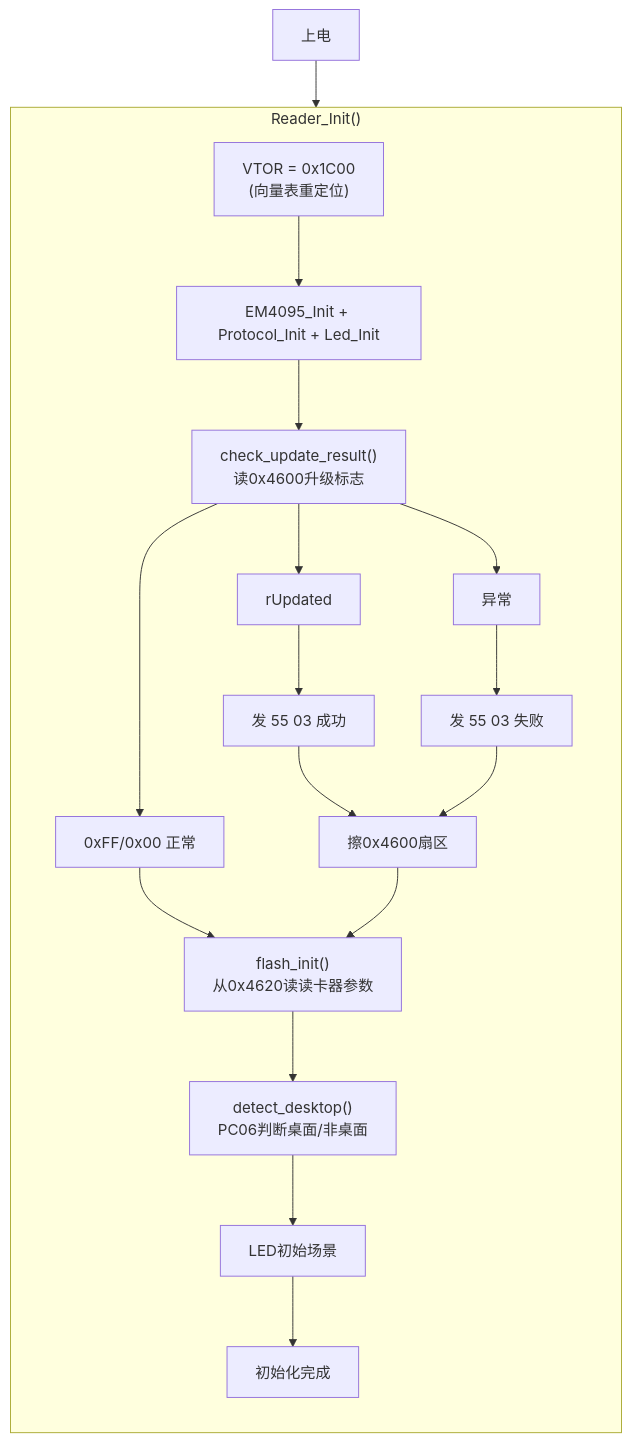
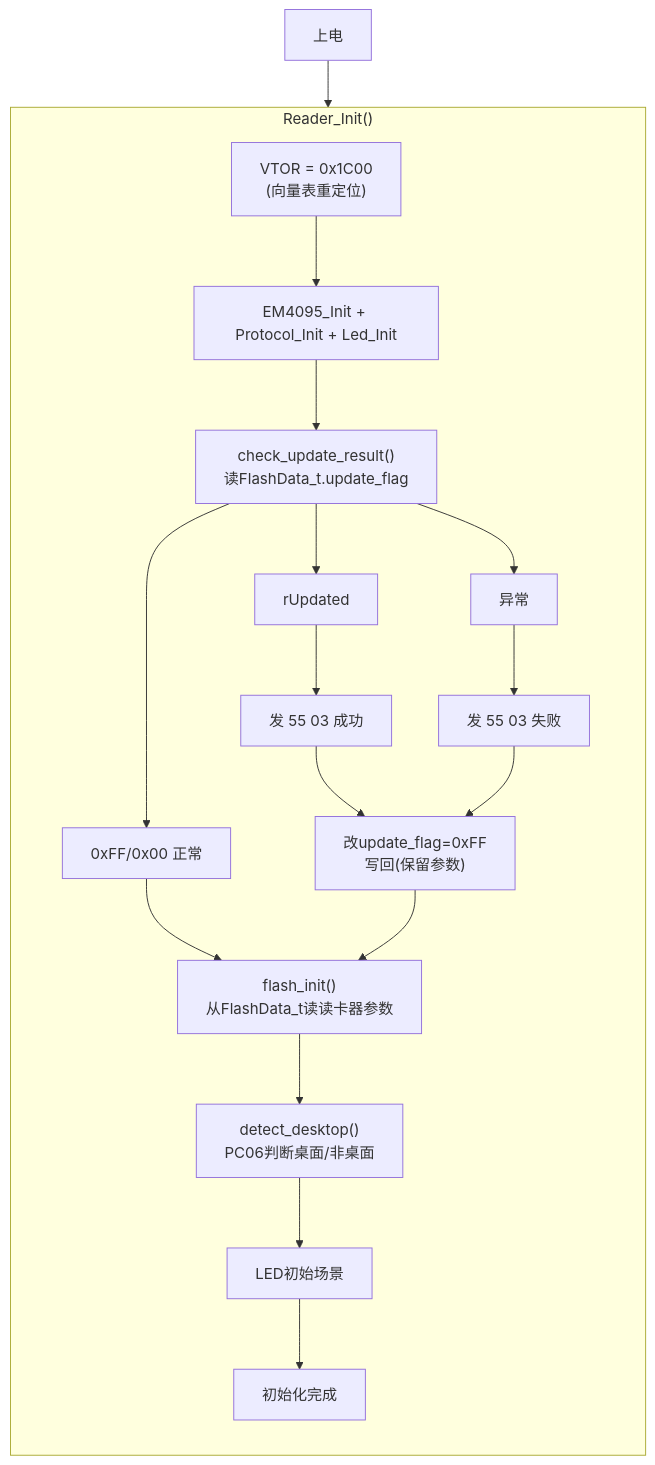
One commit to Siaiai/ObsidianNote changed the seventh of 9 diagrams in 工作/[[SR3读卡器]]/260804SR3框架整理.md. Above: the diagram before and after it, drawn with Mermaid. The commit also changed other lines of this file, not shown here.

````diff
--- a/工作/[[SR3读卡器]]/260804SR3框架整理.md
+++ b/工作/[[SR3读卡器]]/260804SR3框架整理.md
@@ -390,40 +437,41 @@
 ```mermaid
 flowchart TB
     START["上电"]
     subgraph INIT["Reader_Init()"]
         direction TB
         VTOR["VTOR = 0x1C00
         (向量表重定位)"]
         INIT_SUB["EM4095_Init + Protocol_Init + Led_Init"]
         CHECK_UPD["check_update_result()
-        读0x4600升级标志"]
+        读FlashData_t.update_flag"]
         UPD_OK["rUpdated"]
         UPD_FAIL["异常"]
         UPD_NONE["0xFF/0x00 正常"]
         SEND_OK["发 55 03 成功"]
         SEND_FAIL["发 55 03 失败"]
-        ERASE["擦0x4600扇区"]
+        WRITE_BACK["改update_flag=0xFF
+        写回(保留参数)"]
         FLASH_LOAD["flash_init()
-        从0x4620读读卡器参数"]
+        从FlashData_t读读卡器参数"]
         DESK["detect_desktop()
         PC06判断桌面/非桌面"]
         LED_INIT["LED初始场景"]
         DONE["初始化完成"]
 
         VTOR --> INIT_SUB
         INIT_SUB --> CHECK_UPD
         CHECK_UPD --> UPD_OK
         CHECK_UPD --> UPD_FAIL
         CHECK_UPD --> UPD_NONE
         UPD_OK --> SEND_OK
         UPD_FAIL --> SEND_FAIL
-        SEND_OK --> ERASE
-        SEND_FAIL --> ERASE
+        SEND_OK --> WRITE_BACK
+        SEND_FAIL --> WRITE_BACK
         UPD_NONE --> FLASH_LOAD
-        ERASE --> FLASH_LOAD
+        WRITE_BACK --> FLASH_LOAD
         FLASH_LOAD --> DESK
         DESK --> LED_INIT
         LED_INIT --> DONE
     end
     START --> VTOR
 ```
````
